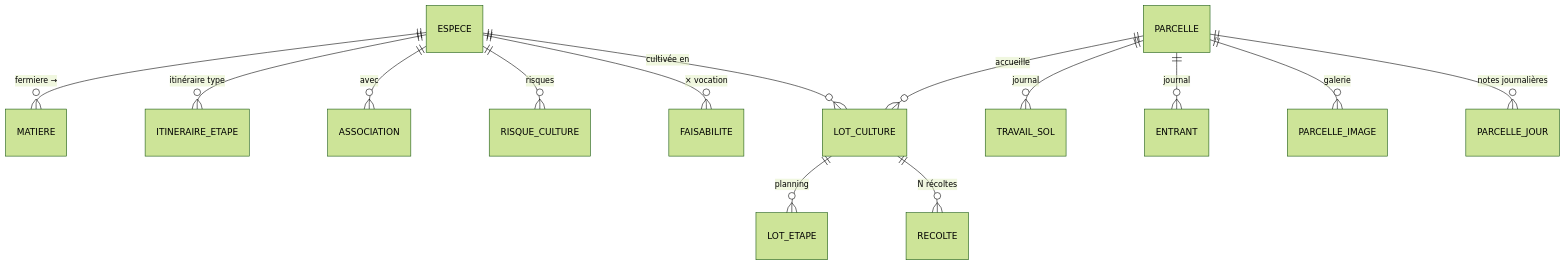
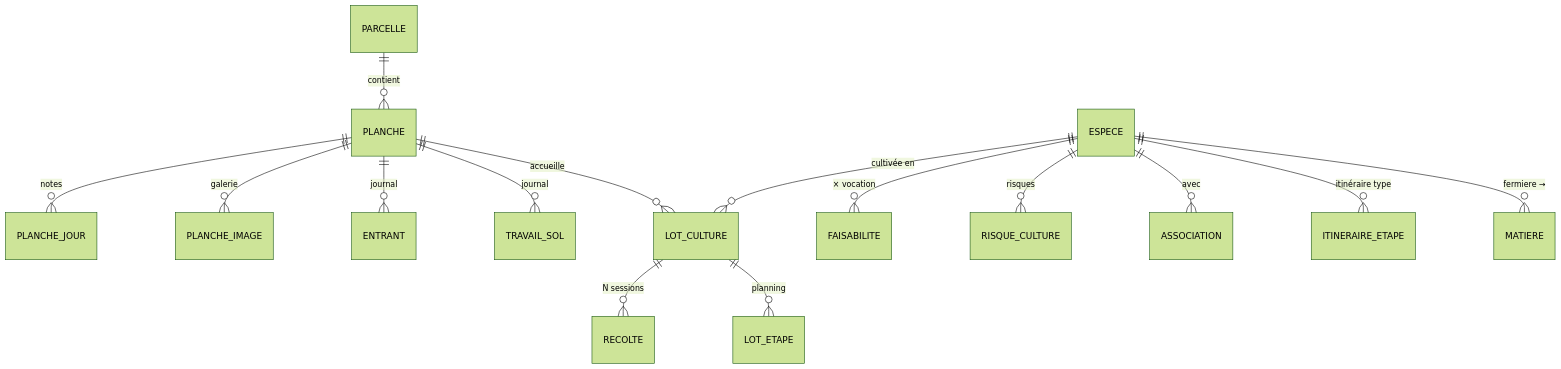
One commit to MerlinPerrotLegler/chaudron-webapp changed the diagram in obsidian/E - Culture (spec).md. Above: the diagram before and after it, drawn with Mermaid (forest theme). The commit also changed other lines of this file and 6 other files, not shown here.

````diff
--- a/obsidian/E - Culture (spec).md
+++ b/obsidian/E - Culture (spec).md
@@ -71,16 +73,17 @@
 ```mermaid
 erDiagram
+  PARCELLE ||--o{ PLANCHE : "contient"
+  PLANCHE ||--o{ LOT_CULTURE : "accueille"
+  PLANCHE ||--o{ TRAVAIL_SOL : "journal"
+  PLANCHE ||--o{ ENTRANT : "journal"
+  PLANCHE ||--o{ PLANCHE_IMAGE : "galerie"
+  PLANCHE ||--o{ PLANCHE_JOUR : "notes"
   ESPECE ||--o{ MATIERE : "fermiere →"
   ESPECE ||--o{ ITINERAIRE_ETAPE : "itinéraire type"
   ESPECE ||--o{ ASSOCIATION : "avec"
   ESPECE ||--o{ RISQUE_CULTURE : "risques"
   ESPECE ||--o{ FAISABILITE : "× vocation"
   ESPECE ||--o{ LOT_CULTURE : "cultivée en"
-  PARCELLE ||--o{ LOT_CULTURE : "accueille"
-  PARCELLE ||--o{ TRAVAIL_SOL : "journal"
-  PARCELLE ||--o{ ENTRANT : "journal"
-  PARCELLE ||--o{ PARCELLE_IMAGE : "galerie"
-  PARCELLE ||--o{ PARCELLE_JOUR : "notes journalières"
   LOT_CULTURE ||--o{ LOT_ETAPE : "planning"
-  LOT_CULTURE ||--o{ RECOLTE : "N récoltes"
+  LOT_CULTURE ||--o{ RECOLTE : "N sessions"
 ```
````
